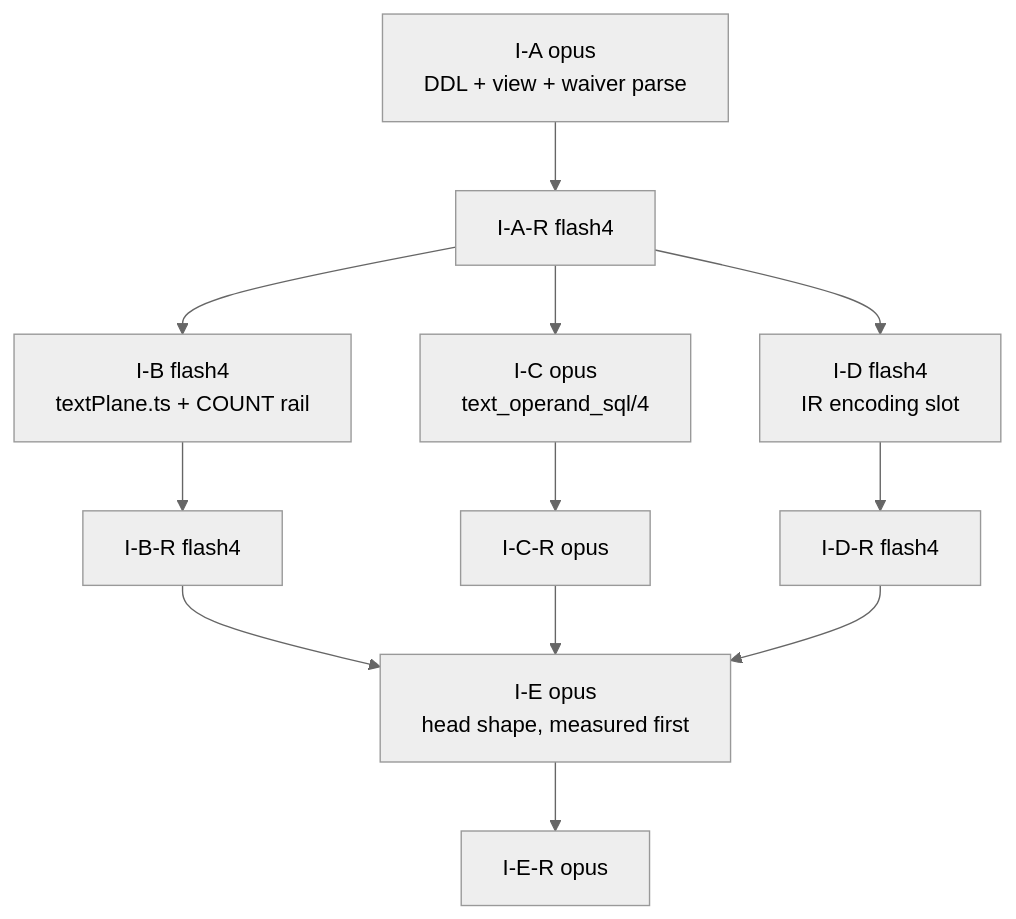
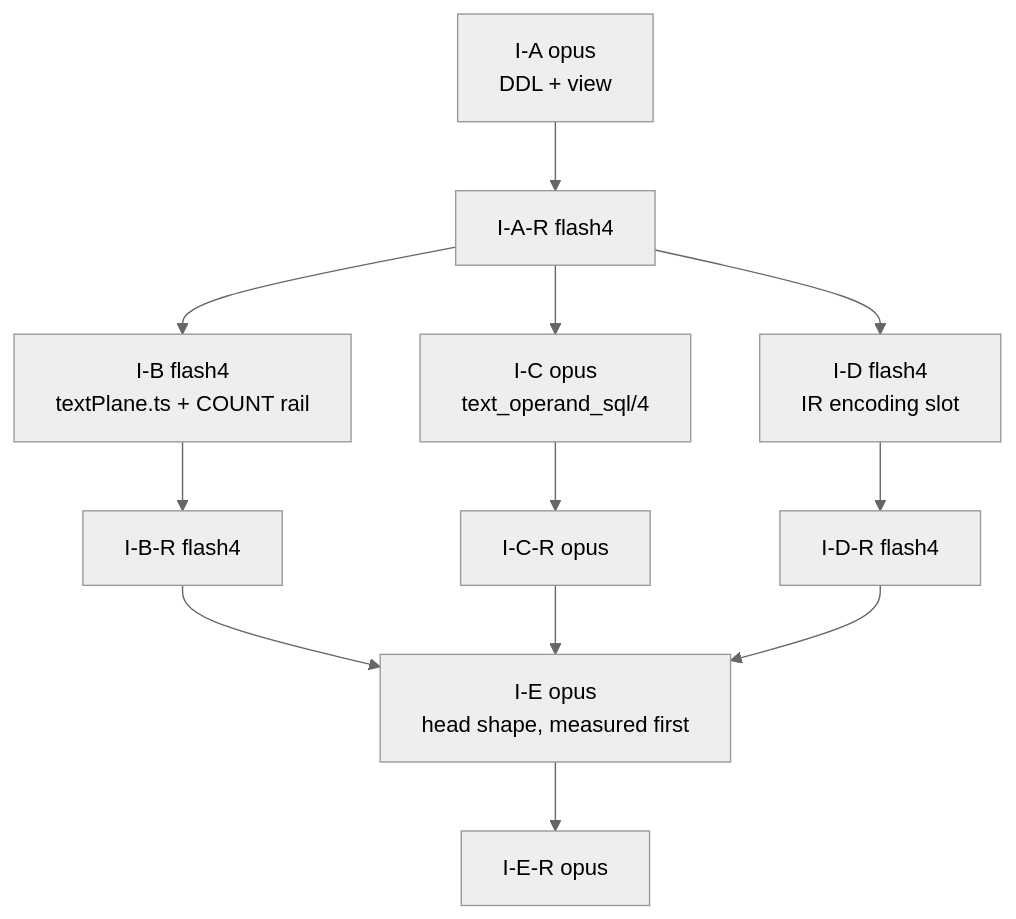
Before and after one commit to hafley66/sprefa: the third of 5 diagrams in plans/2026-08-08-interning-contract.md, drawn with Mermaid (neutral theme). The commit also changed other lines of this file and 1 other file, not shown here.

Commit message:
plans: interning contract rev 3, uniform interning, no per-column waiver

````diff
--- a/plans/2026-08-08-interning-contract.md
+++ b/plans/2026-08-08-interning-contract.md
@@ -837,14 +986,14 @@
 ```mermaid
 flowchart TD
-  IA["I-A opus<br/>DDL + view + waiver parse"] --> IAR["I-A-R flash4"]
+  IA["I-A opus<br/>DDL + view"] --> IAR["I-A-R flash4"]
   IAR --> IB["I-B flash4<br/>textPlane.ts + COUNT rail"]
   IAR --> IC["I-C opus<br/>text_operand_sql/4"]
   IAR --> ID["I-D flash4<br/>IR encoding slot"]
   IB --> IBR["I-B-R flash4"]
   IC --> ICR["I-C-R opus"]
   ID --> IDR["I-D-R flash4"]
   IBR --> IE["I-E opus<br/>head shape, measured first"]
   ICR --> IE
   IDR --> IE
   IE --> IER["I-E-R opus"]
 ```
````
